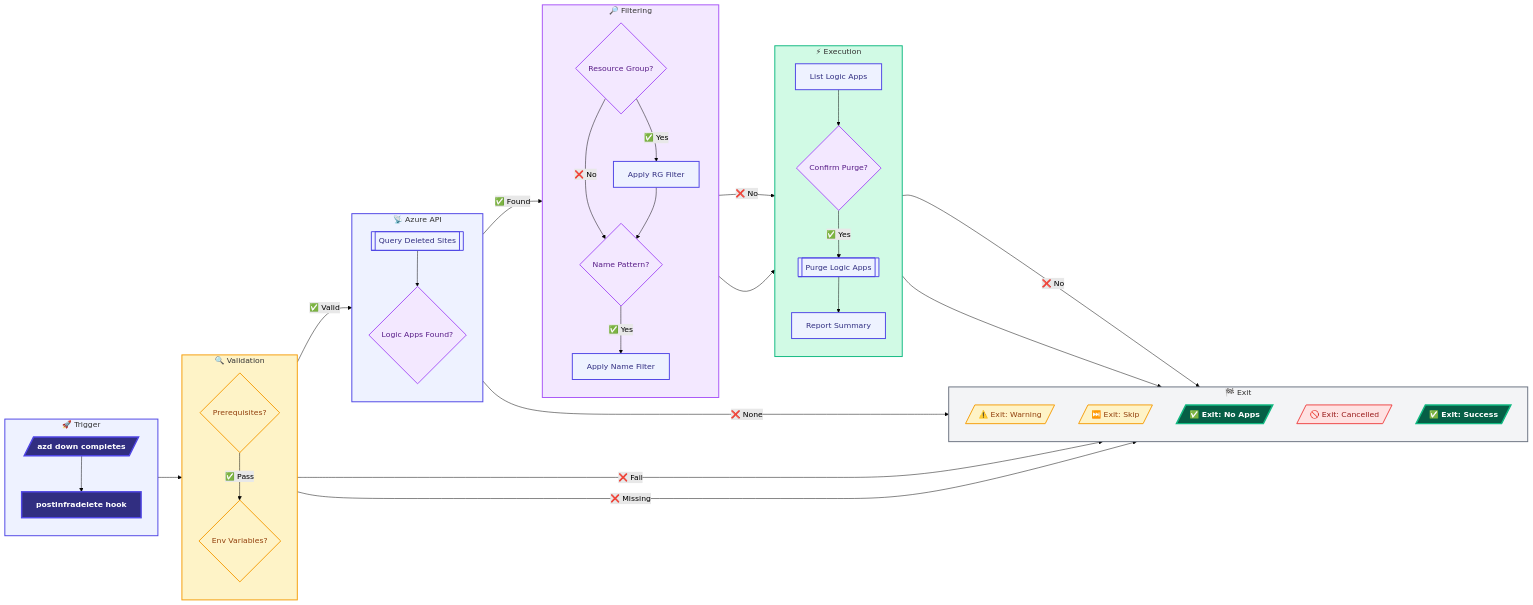
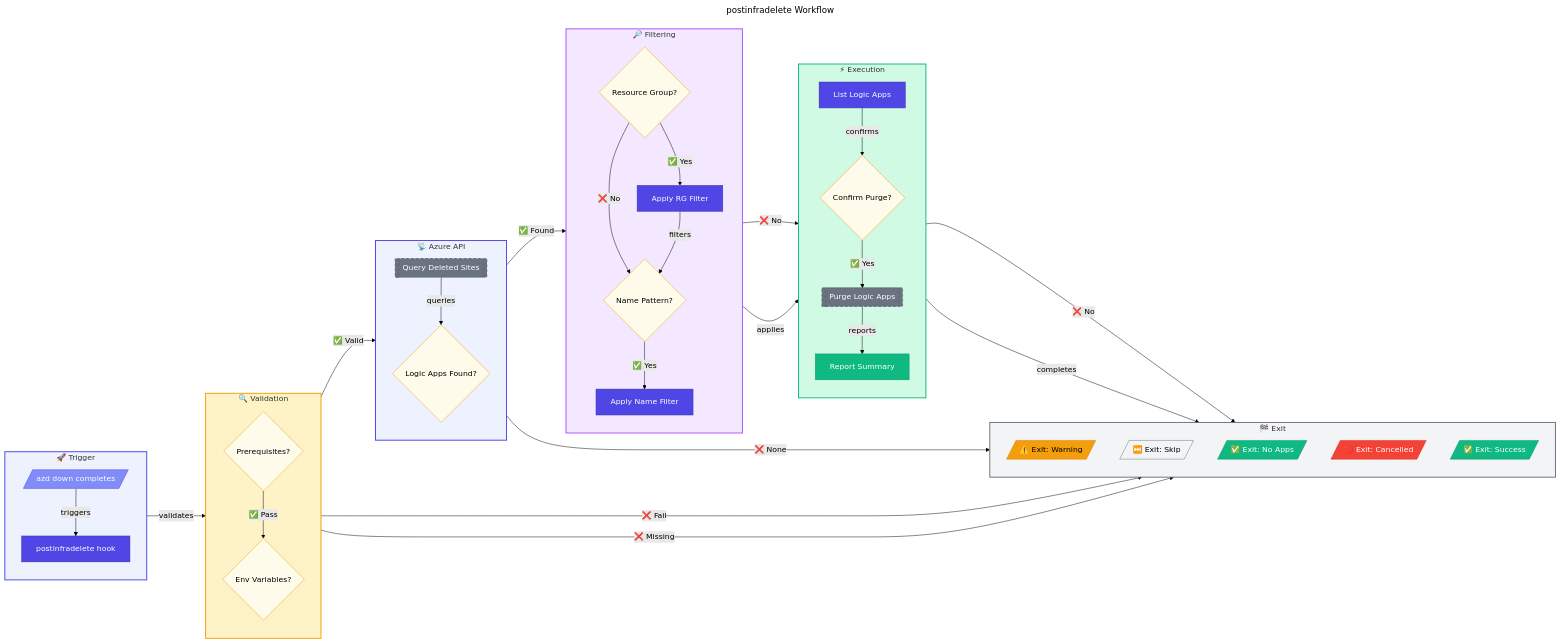
Before and after one commit to Evilazaro/Azure-LogicApps-Monitoring: the diagram in docs/hooks/postinfradelete.md, drawn with Mermaid (forest theme). The commit also changed 6 other files, not shown here.

First line of the commit message:
Refactor workflow diagrams in documentation for clarity and consistency

````diff
--- a/docs/hooks/postinfradelete.md
+++ b/docs/hooks/postinfradelete.md
@@ -182,115 +182,90 @@
 ```mermaid
+---
+title: postinfradelete Workflow
+---
 flowchart LR
-    %% =====================================================
-    %% Style Definitions
-    %% =====================================================
-    classDef trigger fill:#312E81,stroke:#4F46E5,color:#fff,stroke-width:3px,font-weight:bold
-    classDef validation fill:#FEF3C7,stroke:#F59E0B,color:#92400E,stroke-width:2px
-    classDef decision fill:#F3E8FF,stroke:#A855F7,color:#581C87,stroke-width:2px
-    classDef process fill:#EEF2FF,stroke:#4F46E5,color:#312E81,stroke-width:2px
-    classDef success fill:#065F46,stroke:#10B981,color:#fff,stroke-width:3px,font-weight:bold
-    classDef warning fill:#FEF3C7,stroke:#F59E0B,color:#92400E,stroke-width:2px
-    classDef error fill:#FEE2E2,stroke:#EF4444,color:#991B1B,stroke-width:2px
+    %% ===== STYLE DEFINITIONS =====
+    classDef primary fill:#4F46E5,stroke:#3730A3,color:#FFFFFF
+    classDef secondary fill:#10B981,stroke:#059669,color:#FFFFFF
+    classDef datastore fill:#F59E0B,stroke:#D97706,color:#000000
+    classDef external fill:#6B7280,stroke:#4B5563,color:#FFFFFF,stroke-dasharray: 5 5
+    classDef failed fill:#F44336,stroke:#C62828,color:#FFFFFF
+    classDef trigger fill:#818CF8,stroke:#4F46E5,color:#FFFFFF
+    classDef decision fill:#FFFBEB,stroke:#F59E0B,color:#000000
+    classDef input fill:#F3F4F6,stroke:#6B7280,color:#000000
 
-    %% =====================================================
-    %% Trigger Phase
-    %% =====================================================
+    %% ===== TRIGGER PHASE =====
     subgraph TRIGGER["🚀 Trigger"]
         direction TB
-        A[/"azd down completes"/]
-        B["postinfradelete hook"]
+        A[/"azd down completes"/]:::trigger
+        B["postinfradelete hook"]:::primary
     end
 
-    %% =====================================================
-    %% Validation Phase
-    %% =====================================================
+    %% ===== VALIDATION PHASE =====
     subgraph VALIDATION["🔍 Validation"]
         direction TB
-        C{"Prerequisites?"}
-        E{"Env Variables?"}
+        C{"Prerequisites?"}:::decision
+        E{"Env Variables?"}:::decision
     end
 
-    %% =====================================================
-    %% Query Phase
-    %% =====================================================
+    %% ===== QUERY PHASE =====
     subgraph QUERY["📡 Azure API"]
         direction TB
-        G[["Query Deleted Sites"]]
-        H{"Logic Apps Found?"}
+        G[["Query Deleted Sites"]]:::external
+        H{"Logic Apps Found?"}:::decision
     end
 
-    %% =====================================================
-    %% Filter Phase
-    %% =====================================================
+    %% ===== FILTER PHASE =====
     subgraph FILTER["🔎 Filtering"]
         direction TB
-        J{"Resource Group?"}
-        K["Apply RG Filter"]
-        L{"Name Pattern?"}
-        M["Apply Name Filter"]
+        J{"Resource Group?"}:::decision
+        K["Apply RG Filter"]:::primary
+        L{"Name Pattern?"}:::decision
+        M["Apply Name Filter"]:::primary
     end
 
-    %% =====================================================
-    %% Execution Phase
-    %% =====================================================
+    %% ===== EXECUTION PHASE =====
     subgraph EXECUTE["⚡ Execution"]
         direction TB
-        N["List Logic Apps"]
-        O{"Confirm Purge?"}
-        Q[["Purge Logic Apps"]]
-        R["Report Summary"]
+        N["List Logic Apps"]:::primary
+        O{"Confirm Purge?"}:::decision
+        Q[["Purge Logic Apps"]]:::external
+        R["Report Summary"]:::secondary
     end
 
-    %% =====================================================
-    %% Exit States
-    %% =====================================================
+    %% ===== EXIT STATES =====
     subgraph EXIT["🏁 Exit"]
         direction TB
-        D[/"⚠️ Exit: Warning"/]
-        F[/"⏭️ Exit: Skip"/]
-        I[/"✅ Exit: No Apps"/]
-        P[/"🚫 Exit: Cancelled"/]
-        S[/"✅ Exit: Success"/]
+        D[/"⚠️ Exit: Warning"/]:::datastore
+        F[/"⏭️ Exit: Skip"/]:::input
+        I[/"✅ Exit: No Apps"/]:::secondary
+        P[/"🚫 Exit: Cancelled"/]:::failed
+        S[/"✅ Exit: Success"/]:::secondary
     end
 
-    %% =====================================================
-    %% Flow Connections
-    %% =====================================================
-    A --> B
-    B --> C
+    %% ===== FLOW CONNECTIONS =====
+    A -->|"triggers"| B
+    B -->|"validates"| C
     C -->|"❌ Fail"| D
     C -->|"✅ Pass"| E
     E -->|"❌ Missing"| F
     E -->|"✅ Valid"| G
-    G --> H
+    G -->|"queries"| H
     H -->|"❌ None"| I
     H -->|"✅ Found"| J
     J -->|"✅ Yes"| K
     J -->|"❌ No"| L
-    K --> L
+    K -->|"filters"| L
     L -->|"✅ Yes"| M
     L -->|"❌ No"| N
-    M --> N
-    N --> O
+    M -->|"applies"| N
+    N -->|"confirms"| O
     O -->|"❌ No"| P
     O -->|"✅ Yes"| Q
-    Q --> R
-    R --> S
+    Q -->|"reports"| R
+    R -->|"completes"| S
 
-    %% =====================================================
-    %% Apply Styles
-    %% =====================================================
-    class A,B trigger
-    class C,E validation
-    class H,J,L,O decision
-    class G,K,M,N,Q,R process
-    class I,S success
-    class D,F warning
-    class P error
-
-    %% =====================================================
-    %% Subgraph Styling
-    %% =====================================================
+    %% ===== SUBGRAPH STYLES =====
     style TRIGGER fill:#EEF2FF,stroke:#4F46E5,stroke-width:2px
     style VALIDATION fill:#FEF3C7,stroke:#F59E0B,stroke-width:2px
     style QUERY fill:#EEF2FF,stroke:#4F46E5,stroke-width:2px
````
